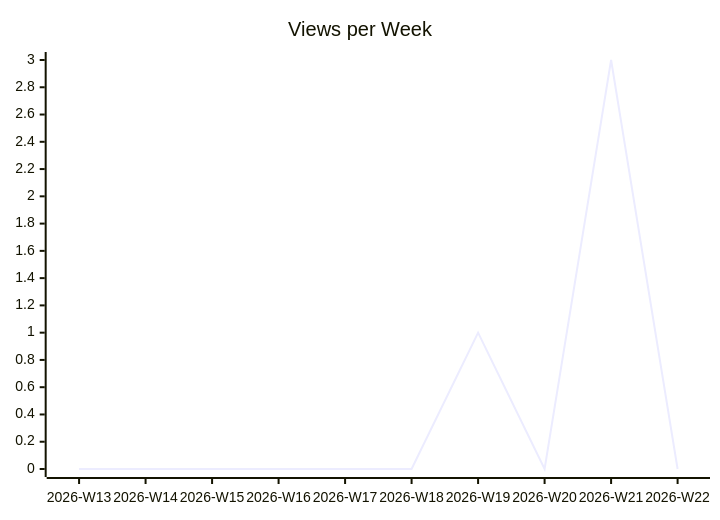
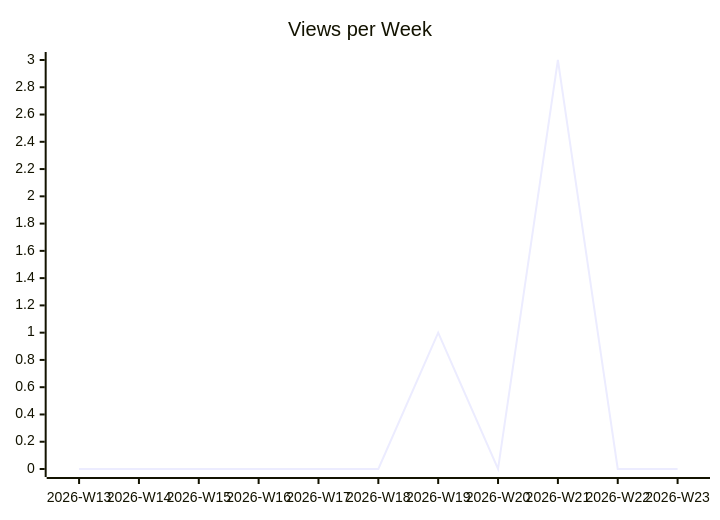
The second of 3 diagrams in karlmdavis/kobjects/README.md (justdavis-family/github-analytics-data), drawn with Mermaid before and after one commit. The commit also changed other lines of this file and 186 other files, not shown here.

````diff
--- a/karlmdavis/kobjects/README.md
+++ b/karlmdavis/kobjects/README.md
@@ -12,6 +12,6 @@
 ```mermaid
 xychart-beta
   title "Views per Week"
-  x-axis ["2026-W13", "2026-W14", "2026-W15", "2026-W16", "2026-W17", "2026-W18", "2026-W19", "2026-W20", "2026-W21", "2026-W22"]
-  line [0, 0, 0, 0, 0, 0, 1, 0, 3, 0]
+  x-axis ["2026-W13", "2026-W14", "2026-W15", "2026-W16", "2026-W17", "2026-W18", "2026-W19", "2026-W20", "2026-W21", "2026-W22", "2026-W23"]
+  line [0, 0, 0, 0, 0, 0, 1, 0, 3, 0, 0]
 ```
````
